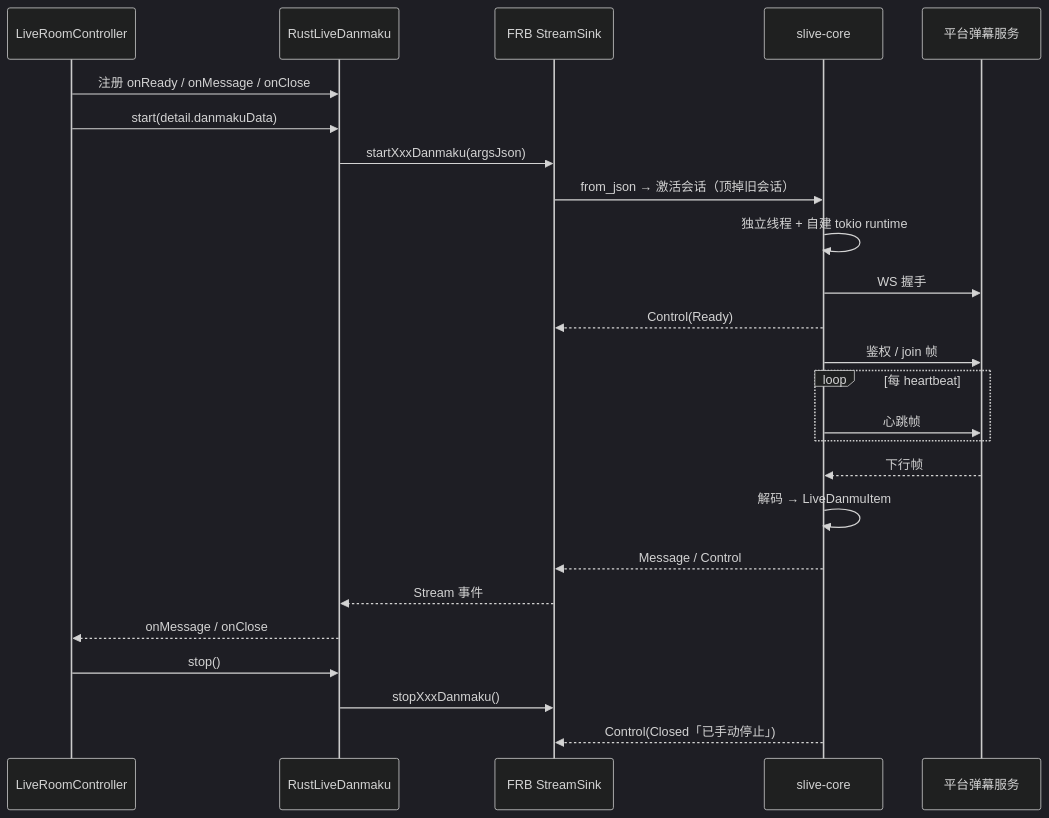
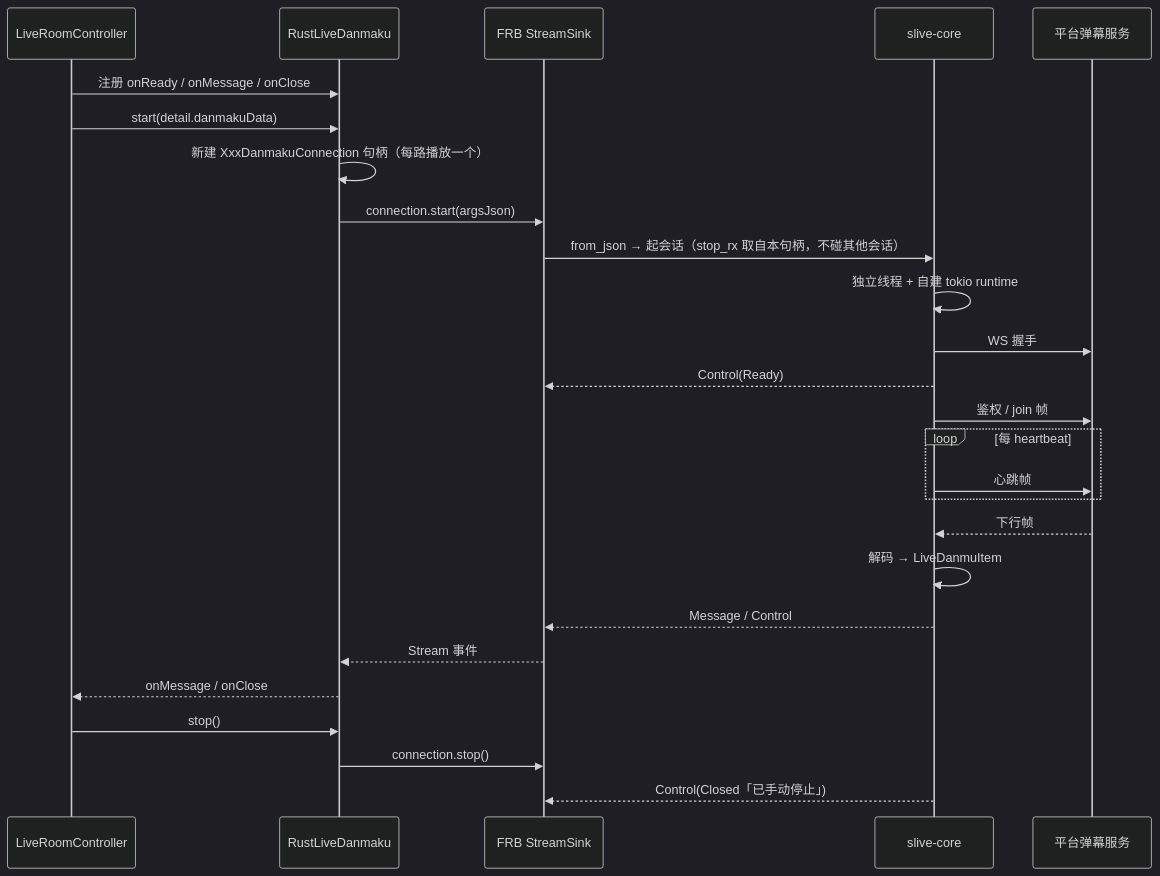
One commit to gaoxing64/dart_simple_live changed the third of 12 diagrams in simple_live_core/doc/workflow-diagram.md. Above: the diagram before and after it, drawn with Mermaid (dark theme). The commit also changed other lines of this file and 26 other files, not shown here.

````diff
--- a/simple_live_core/doc/workflow-diagram.md
+++ b/simple_live_core/doc/workflow-diagram.md
@@ -93,28 +93,29 @@
 ```mermaid
 sequenceDiagram
     participant C as LiveRoomController
     participant B as RustLiveDanmaku
     participant F as FRB StreamSink
     participant S as slive-core
     participant P as 平台弹幕服务
 
     C->>B: 注册 onReady / onMessage / onClose
     C->>B: start(detail.danmakuData)
-    B->>F: startXxxDanmaku(argsJson)
-    F->>S: from_json → 激活会话（顶掉旧会话）
+    B->>B: 新建 XxxDanmakuConnection 句柄（每路播放一个）
+    B->>F: connection.start(argsJson)
+    F->>S: from_json → 起会话（stop_rx 取自本句柄，不碰其他会话）
     S->>S: 独立线程 + 自建 tokio runtime
     S->>P: WS 握手
     S-->>F: Control(Ready)
     S->>P: 鉴权 / join 帧
     loop 每 heartbeat
         S->>P: 心跳帧
     end
     P-->>S: 下行帧
     S->>S: 解码 → LiveDanmuItem
     S-->>F: Message / Control
     F-->>B: Stream 事件
     B-->>C: onMessage / onClose
     C->>B: stop()
-    B->>F: stopXxxDanmaku()
+    B->>F: connection.stop()
     S-->>F: Control(Closed「已手动停止」)
 ```
````
